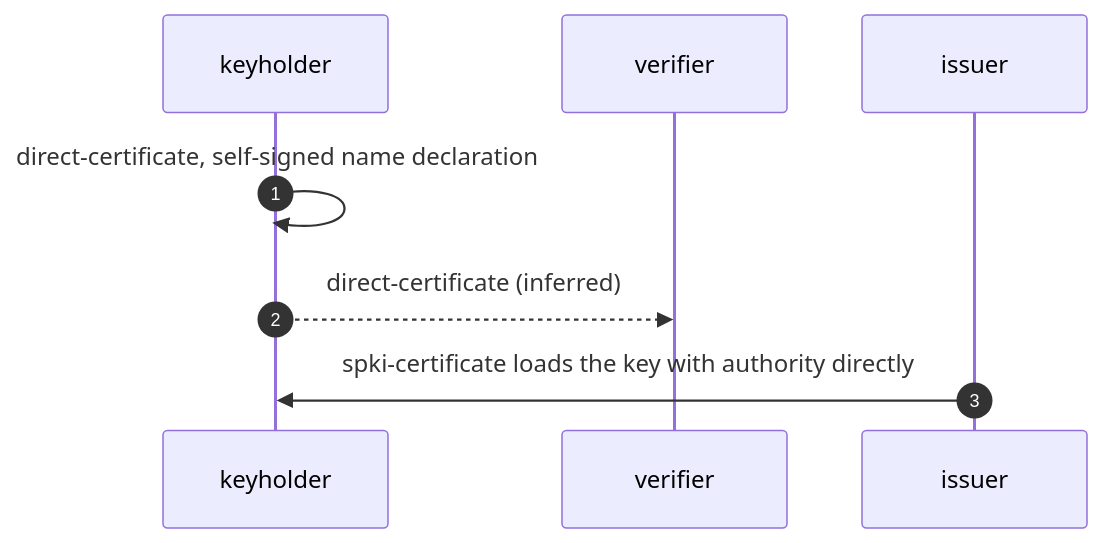
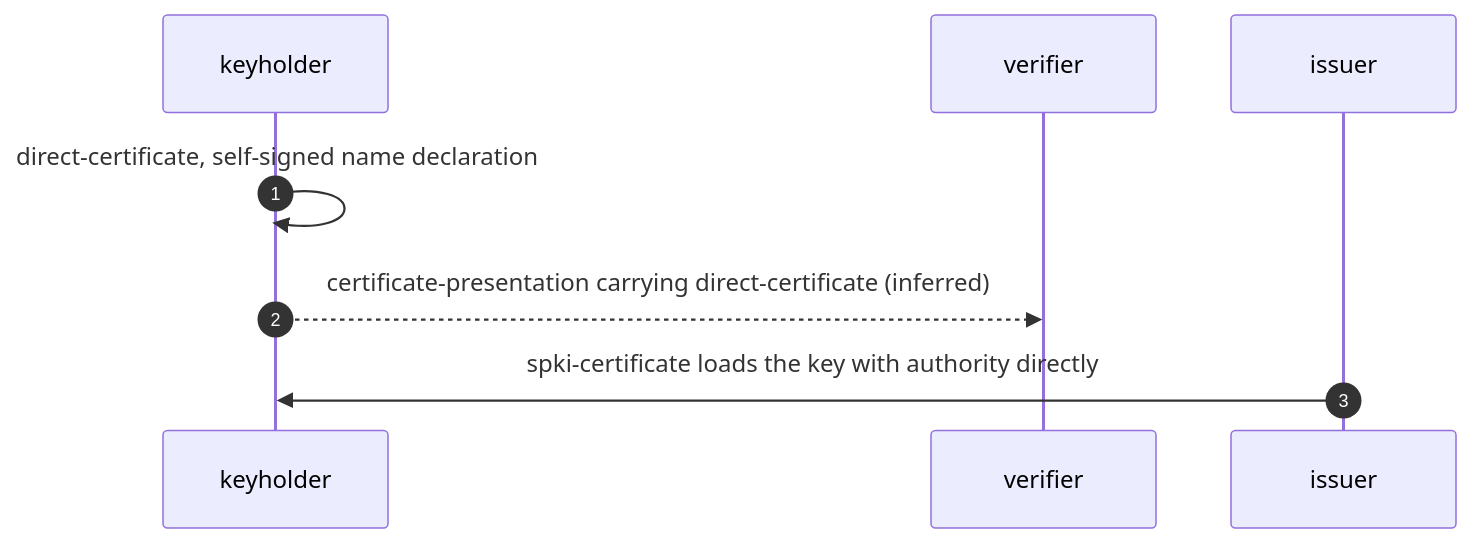
Before and after one commit to m-of-n/library: the seventh of 26 diagrams in records/ietf/rfc-2692/distilled/protocol.md, drawn with Mermaid. The commit also changed other lines of this file and 9 other files, not shown here.

````diff
--- a/records/ietf/rfc-2692/distilled/protocol.md
+++ b/records/ietf/rfc-2692/distilled/protocol.md
@@ -268,10 +280,10 @@
 ```mermaid
 sequenceDiagram
   autonumber
   participant K as keyholder
   participant V as verifier
   participant I as issuer
   K->>K: direct-certificate, self-signed name declaration
-  K-->>V: direct-certificate (inferred)
+  K-->>V: certificate-presentation carrying direct-certificate (inferred)
   I->>K: spki-certificate loads the key with authority directly
 ```
````
